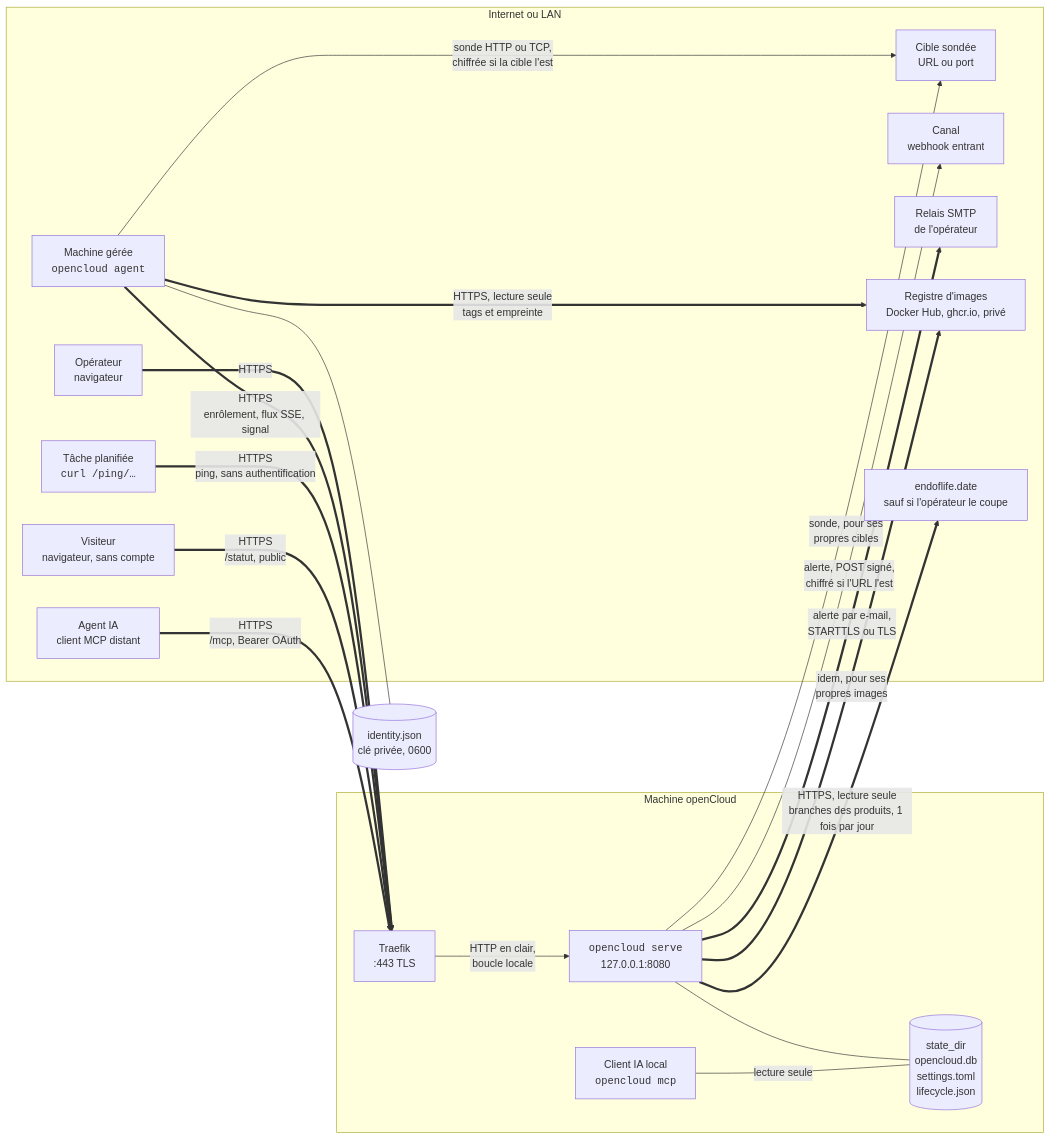
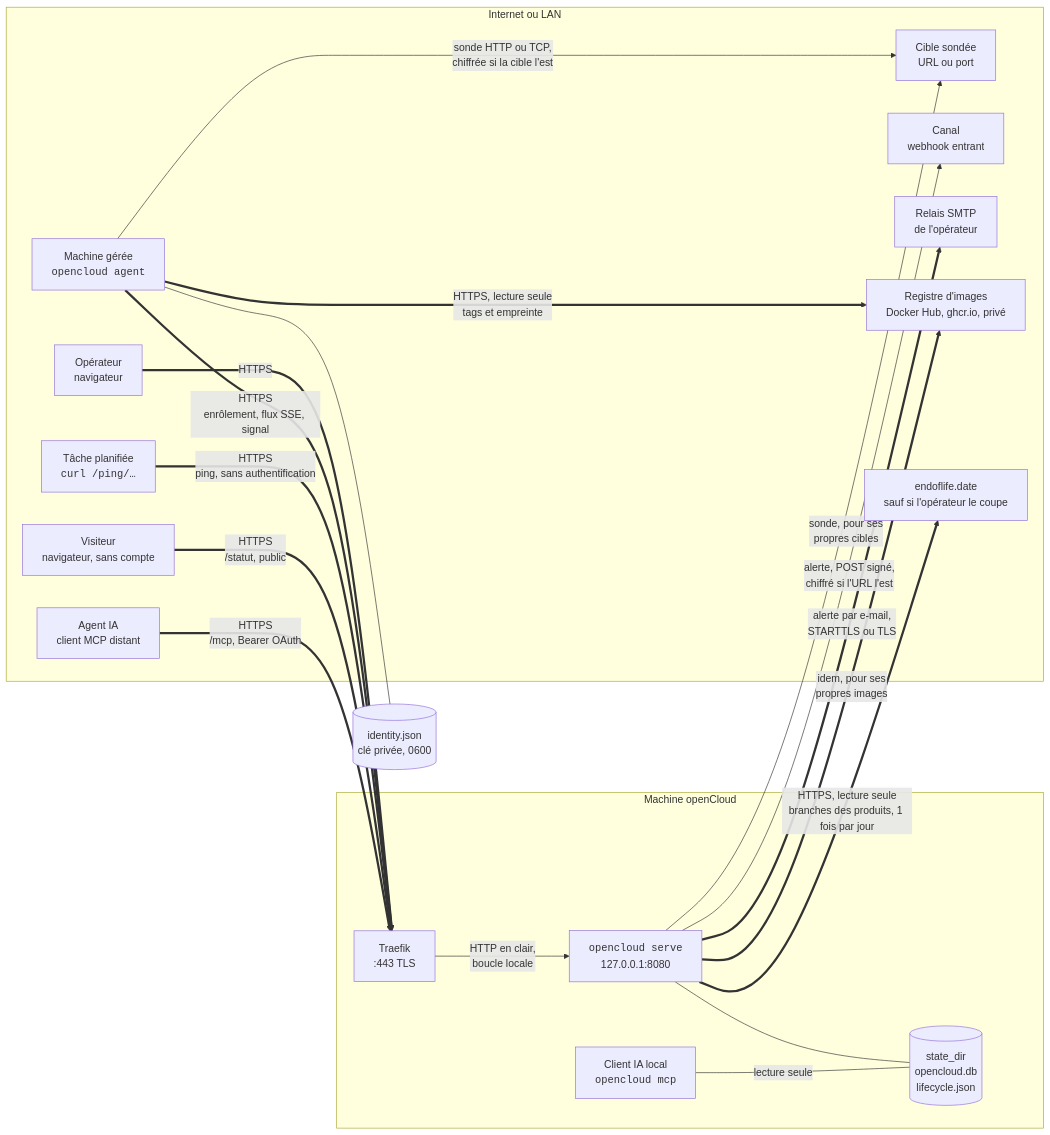
One commit to ldesfontaine/opencloud changed the diagram in docs/projet/22-fonctionnement.md. Above: the diagram before and after it, drawn with Mermaid. The commit also changed other lines of this file and 32 other files, not shown here.

Commit message:
feat(reglages): réglages de l'interface en base, settings.toml repris puis effacé

````diff
--- a/docs/projet/22-fonctionnement.md
+++ b/docs/projet/22-fonctionnement.md
@@ -31,37 +31,37 @@
 ```mermaid
 flowchart LR
     subgraph internet["Internet ou LAN"]
         op["Opérateur<br>navigateur"]
         ag["Machine gérée<br><code>opencloud agent</code>"]
         job["Tâche planifiée<br><code>curl /ping/…</code>"]
         tgt["Cible sondée<br>URL ou port"]
         vis["Visiteur<br>navigateur, sans compte"]
         hook["Canal<br>webhook entrant"]
         smtp["Relais SMTP<br>de l'opérateur"]
         reg["Registre d'images<br>Docker Hub, ghcr.io, privé"]
         eol["endoflife.date<br>sauf si l'opérateur le coupe"]
         ai["Agent IA<br>client MCP distant"]
     end
     subgraph oc["Machine openCloud"]
         tr["Traefik<br>:443 TLS"]
         srv["<code>opencloud serve</code><br>127.0.0.1:8080"]
-        db[("state_dir<br>opencloud.db<br>settings.toml<br>lifecycle.json")]
+        db[("state_dir<br>opencloud.db<br>lifecycle.json")]
         cli["Client IA local<br><code>opencloud mcp</code>"]
         tr -- "HTTP en clair,<br>boucle locale" --> srv
         srv --- db
         cli -- "lecture seule" --- db
     end
     op == "HTTPS" ==> tr
     ag == "HTTPS<br>enrôlement, flux SSE, signal" ==> tr
     job == "HTTPS<br>ping, sans authentification" ==> tr
     vis == "HTTPS<br>/statut, public" ==> tr
     ai == "HTTPS<br>/mcp, Bearer OAuth" ==> tr
     ag -- "sonde HTTP ou TCP,<br>chiffrée si la cible l'est" --> tgt
     srv -- "sonde, pour ses<br>propres cibles" --> tgt
     srv -- "alerte, POST signé,<br>chiffré si l'URL l'est" --> hook
     srv == "alerte par e-mail,<br>STARTTLS ou TLS" ==> smtp
     ag == "HTTPS, lecture seule<br>tags et empreinte" ==> reg
     srv == "idem, pour ses<br>propres images" ==> reg
     srv == "HTTPS, lecture seule<br>branches des produits, 1 fois par jour" ==> eol
     ag --- id[("identity.json<br>clé privée, 0600")]
 ```
````
